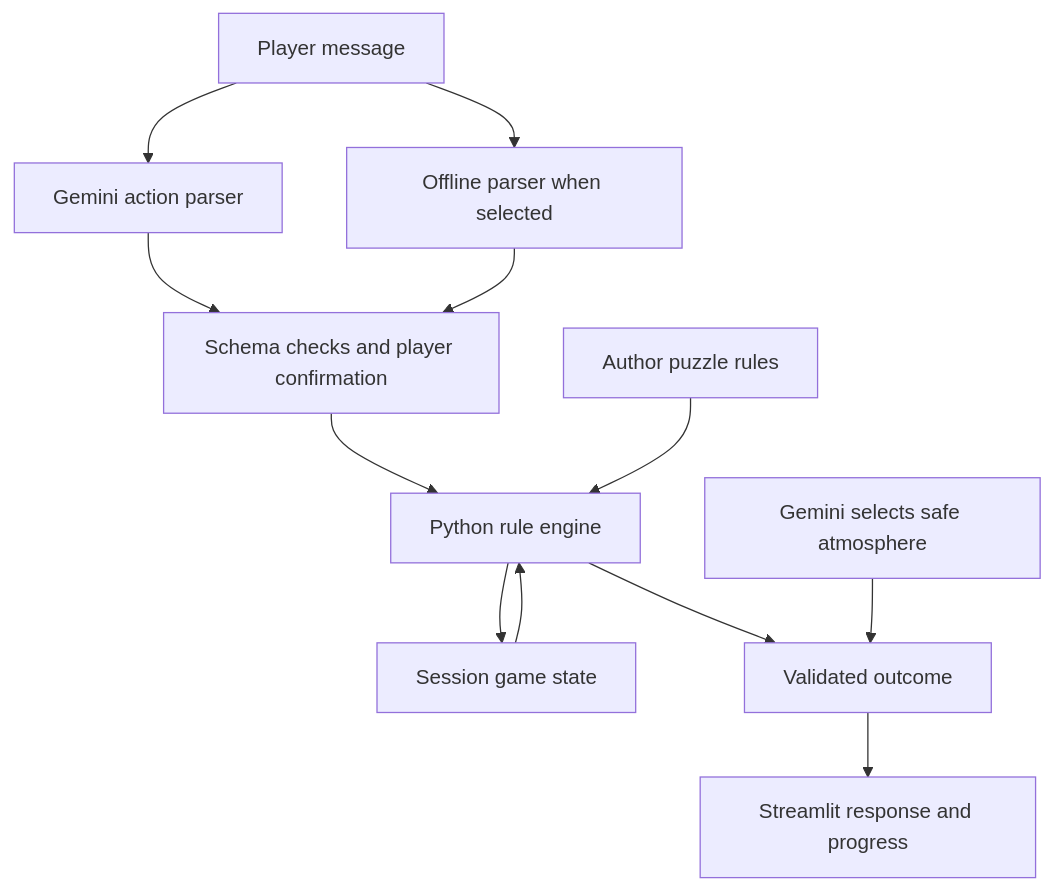
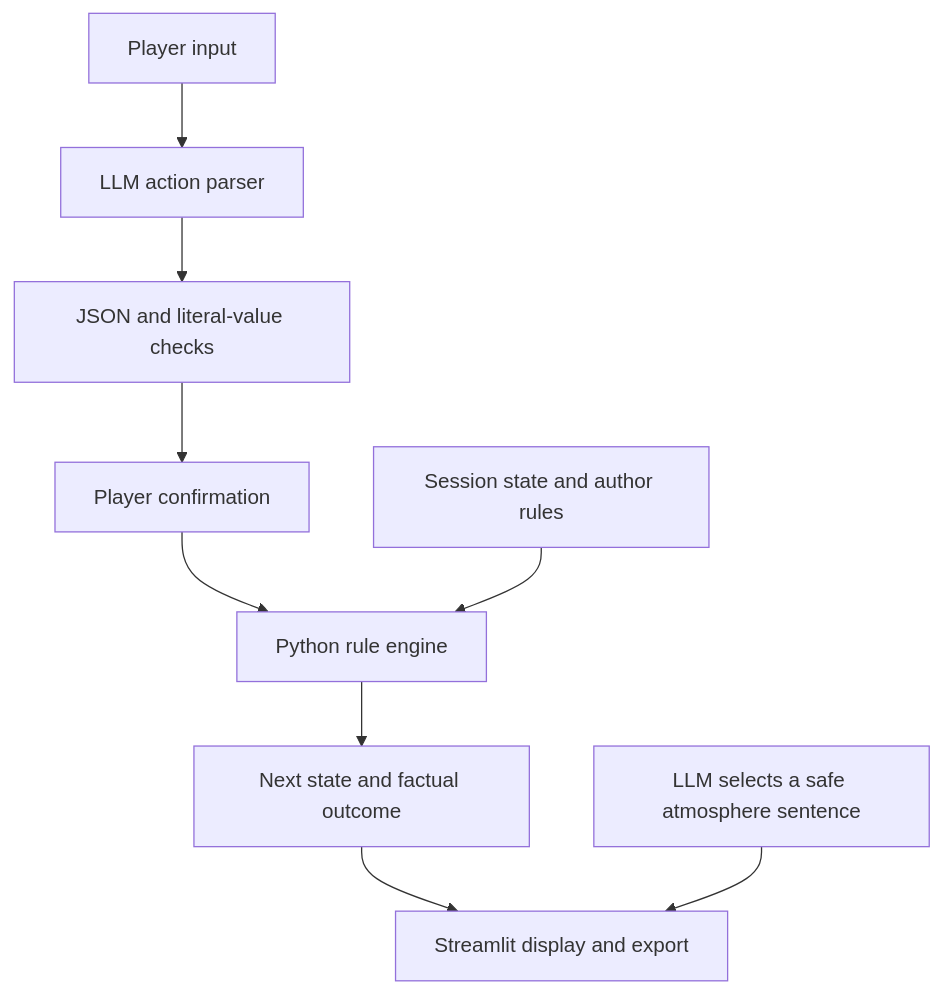
The second of 2 diagrams in docs/ARCHITECTURE.md (AlokKevadiya/AI-Escape-Room), drawn with Mermaid before and after one commit. The commit also changed other lines of this file and 14 other files, not shown here.

Commit message:
Finalize assignment documentation, architecture diagrams and evidence-based report

````diff
--- a/docs/ARCHITECTURE.md
+++ b/docs/ARCHITECTURE.md
@@ -21,14 +25,11 @@
 ```mermaid
 flowchart TD
-    U[Player message] --> P[Gemini action parser]
-    P --> C[Schema checks and player confirmation]
-    C --> E[Python rule engine]
-    R[Author puzzle rules] --> E
-    S[Session game state] --> E
-    E --> S
-    E --> O[Validated outcome]
-    N[Gemini selects safe atmosphere] --> O
-    O --> UI[Streamlit response and progress]
-    U --> F[Offline parser when selected]
-    F --> C
+    Input[Player input] --> Parser[LLM action parser]
+    Parser --> Validate[JSON and literal-value checks]
+    Validate --> Confirm[Player confirmation]
+    Confirm --> Engine[Python rule engine]
+    State[Session state and author rules] --> Engine
+    Engine --> Result[Next state and factual outcome]
+    Result --> Display[Streamlit display and export]
+    Atmosphere[LLM selects a safe atmosphere sentence] --> Display
 ```
````
